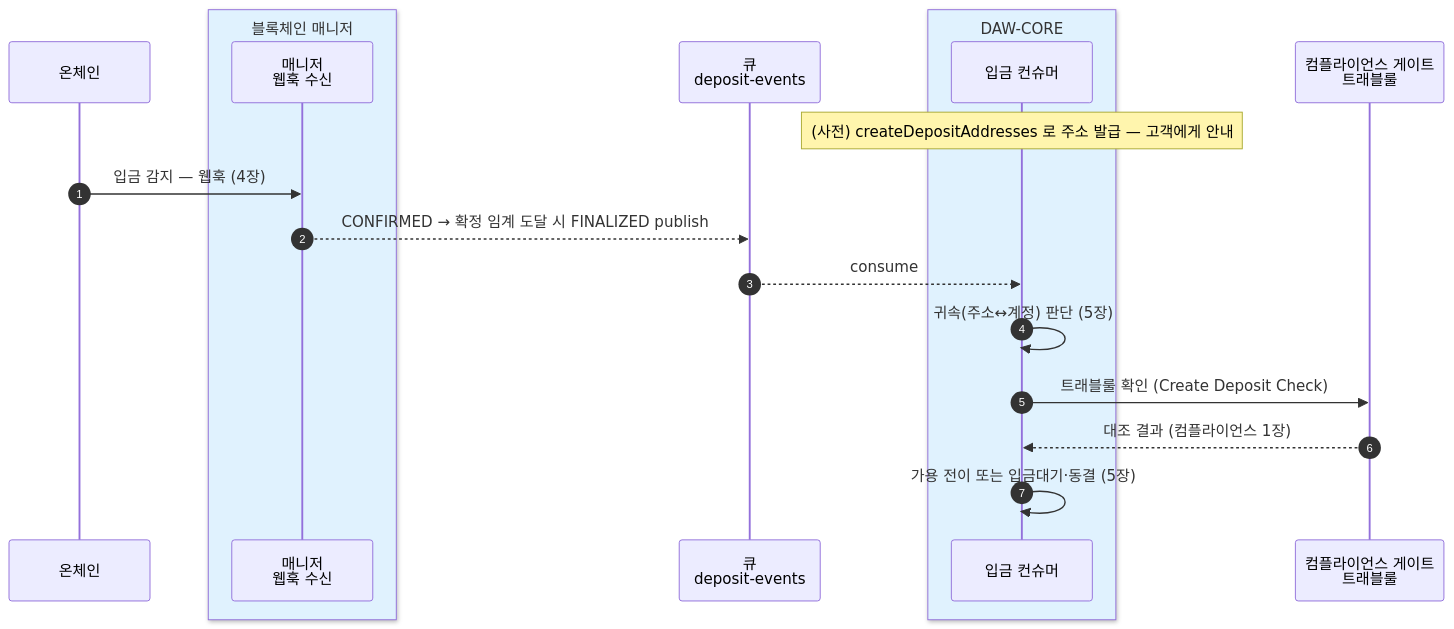
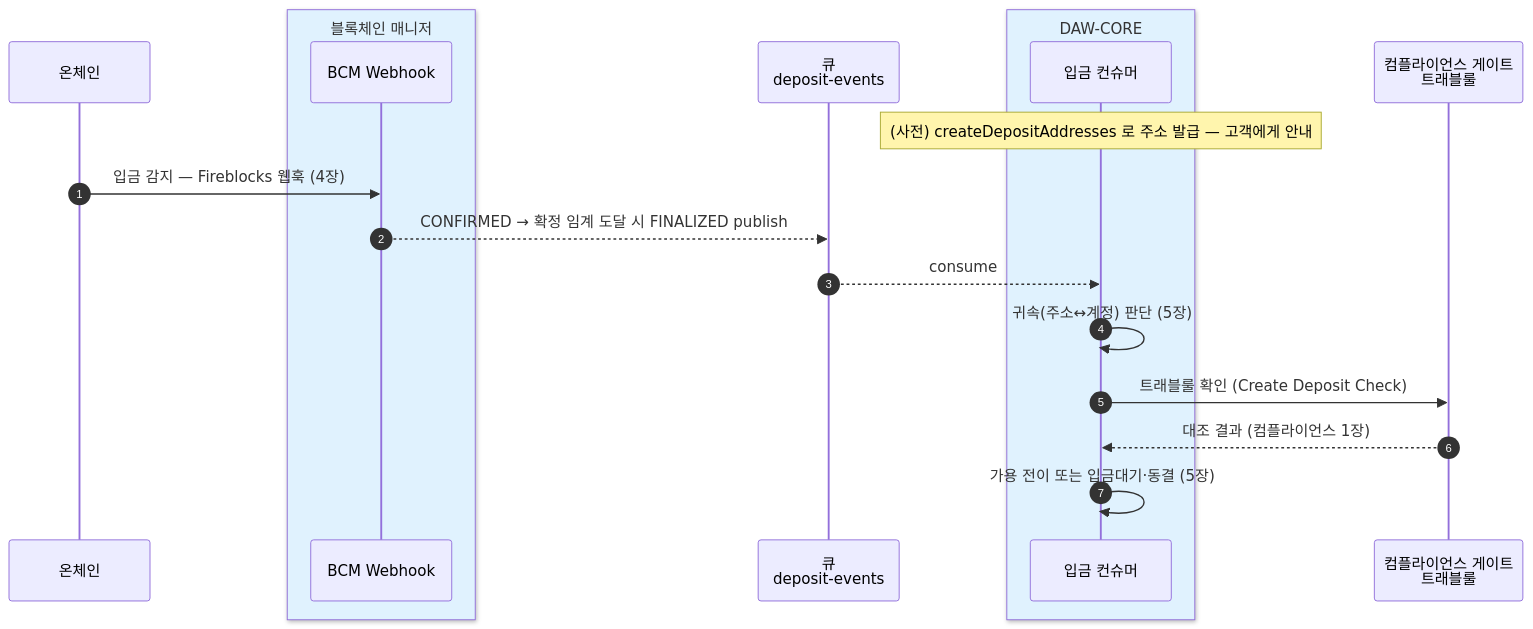
The second of 2 diagrams in blockchain-manager/docs/블록체인매니저/설계/16-interface.md (eunsujeo/eunpus), drawn with Mermaid before and after one commit. The commit also changed other lines of this file and 5 other files, not shown here.

Commit message:
BCM API 와 BCM Webhook 프로세스 분리를 설계 문서에 반영

````diff
--- a/blockchain-manager/docs/블록체인매니저/설계/16-interface.md
+++ b/blockchain-manager/docs/블록체인매니저/설계/16-interface.md
@@ -102,22 +103,22 @@
 ```mermaid
 sequenceDiagram
     autonumber
     participant CH as 온체인
     box rgb(224,242,254) 블록체인 매니저
-    participant BM as 매니저<br/>웹훅 수신
+    participant WH as BCM Webhook
     end
     participant MQ as 큐<br/>deposit-events
     box rgb(224,242,254) DAW-CORE
     participant BE as 입금 컨슈머
     end
     participant CP as 컴플라이언스 게이트<br/>트래블룰
 
     Note over BE: (사전) createDepositAddresses 로 주소 발급 — 고객에게 안내
-    CH->>BM: 입금 감지 — 웹훅 (4장)
-    BM-->>MQ: CONFIRMED → 확정 임계 도달 시 FINALIZED publish
+    CH->>WH: 입금 감지 — Fireblocks 웹훅 (4장)
+    WH-->>MQ: CONFIRMED → 확정 임계 도달 시 FINALIZED publish
     MQ-->>BE: consume
     BE->>BE: 귀속(주소↔계정) 판단 (5장)
     BE->>CP: 트래블룰 확인 (Create Deposit Check)
     CP-->>BE: 대조 결과 (컴플라이언스 1장)
     BE->>BE: 가용 전이 또는 입금대기·동결 (5장)
 ```
````
